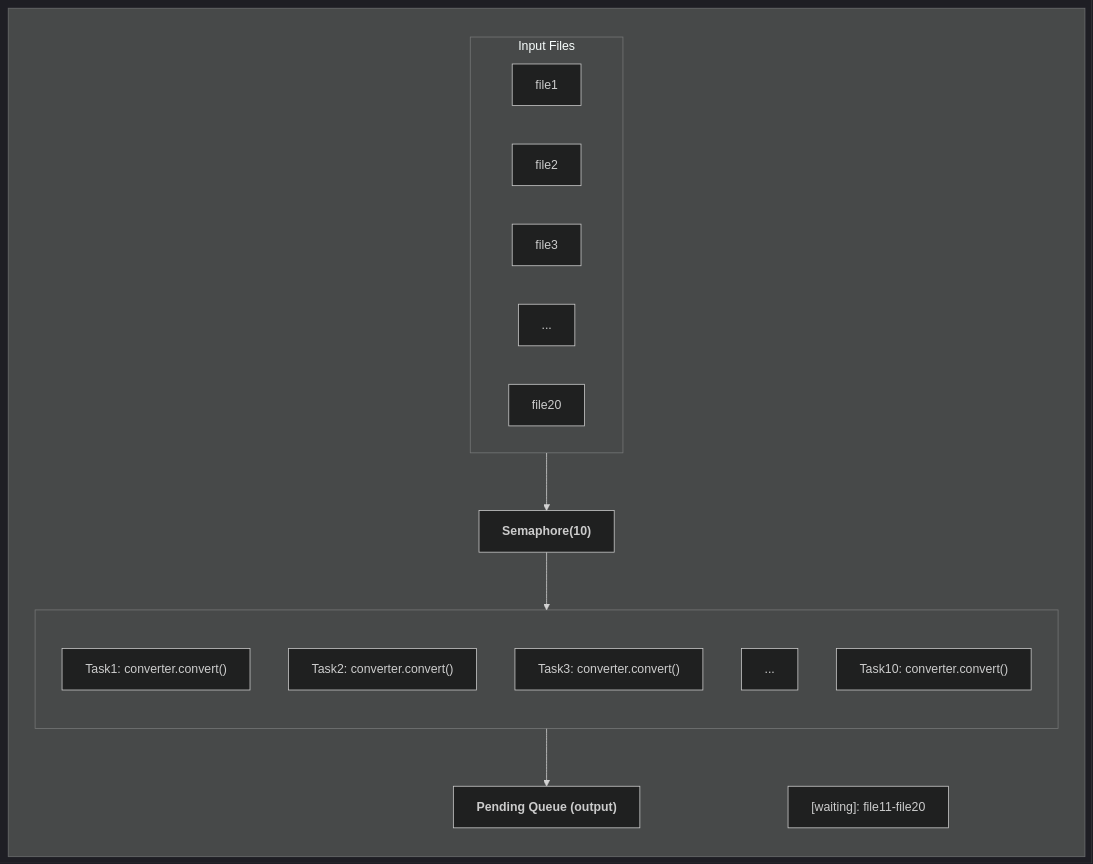
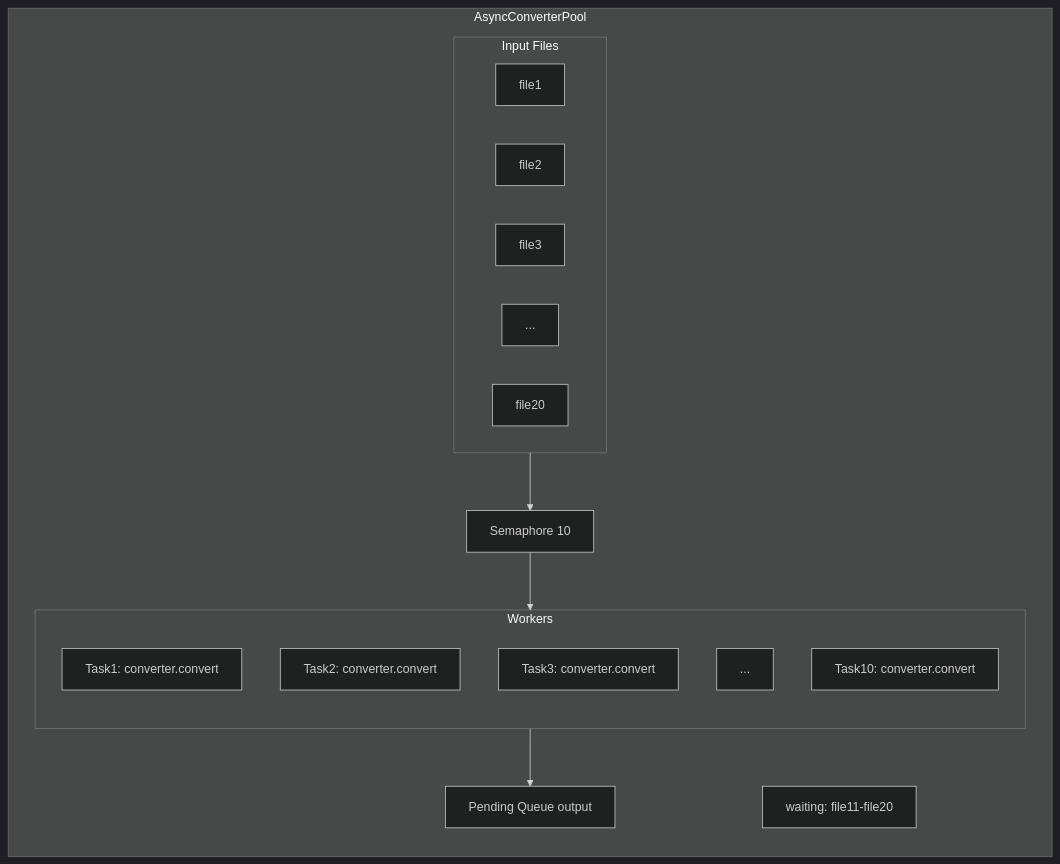
One commit to olreppe/pyWATS changed the fourth of 7 diagrams in docs/guides/client-architecture.md. Above: the diagram before and after it, drawn with Mermaid (dark theme). The commit also changed other lines of this file and 3 other files, not shown here.

First line of the commit message:
Fix Mermaid syntax - remove HTML tags for better compatibility

````diff
--- a/docs/guides/client-architecture.md
+++ b/docs/guides/client-architecture.md
@@ -310,31 +331,32 @@
 ```mermaid
 flowchart TB
-    subgraph AsyncConverterPool[" "]
+    subgraph AsyncConverterPool["AsyncConverterPool"]
         direction TB
         
         subgraph InputFiles["Input Files"]
             file1[file1]
             file2[file2]
             file3[file3]
             files[...]
             file20[file20]
         end
         
-        InputFiles --> Semaphore["<b>Semaphore(10)</b>"]
+        Semaphore["Semaphore 10"]
         
-        subgraph Workers[" "]
+        subgraph Workers["Workers"]
             direction TB
-            Task1["Task1: converter.convert()"]
-            Task2["Task2: converter.convert()"]
-            Task3["Task3: converter.convert()"]
+            Task1["Task1: converter.convert"]
+            Task2["Task2: converter.convert"]
+            Task3["Task3: converter.convert"]
             TaskMore[...]
-            Task10["Task10: converter.convert()"]
+            Task10["Task10: converter.convert"]
         end
         
+        Output["Pending Queue output"]
+        Waiting["waiting: file11-file20"]
+        
+        InputFiles --> Semaphore
         Semaphore --> Workers
-        
-        Workers --> Output["<b>Pending Queue (output)</b>"]
-        
-        Waiting["[waiting]: file11-file20"]
+        Workers --> Output
     end
 ```
````
